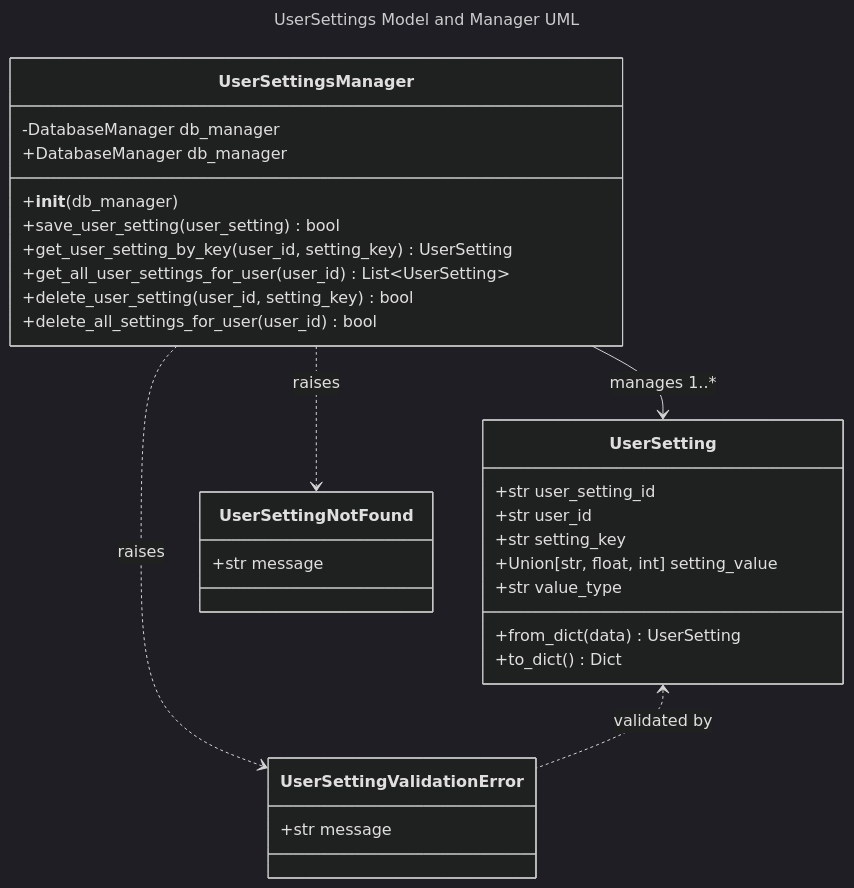
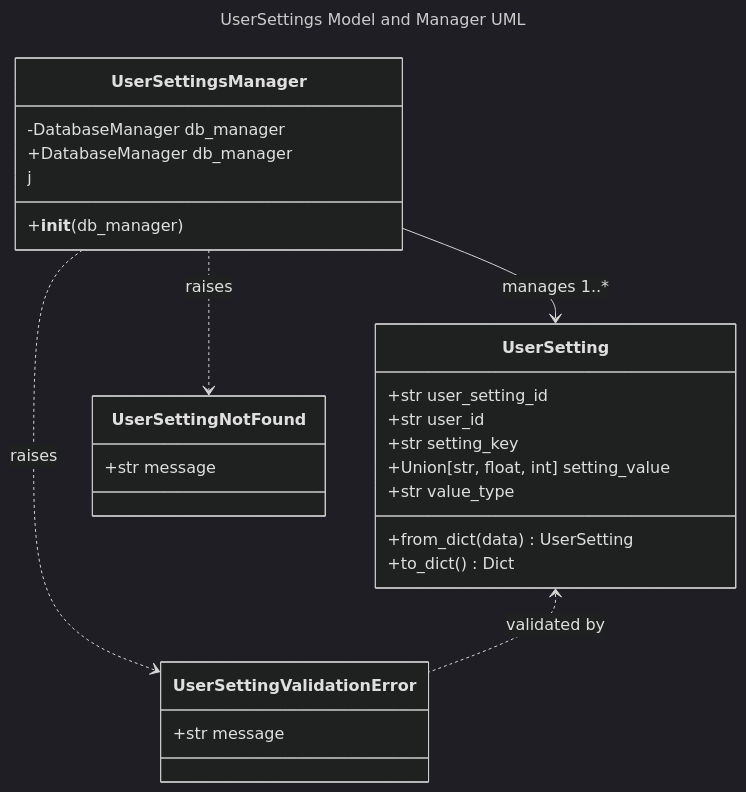
The diagram in Prompts/UserSettings.md (SeanAdams10/AITypingTrainer), drawn with Mermaid (dark theme) before and after one commit. The commit also changed 2 other files, not shown here.

Commit message:
Still trying to get the tests working for Library Main UI

````diff
--- a/Prompts/UserSettings.md
+++ b/Prompts/UserSettings.md
@@ -85,36 +85,31 @@
 ```mermaid
 ---
 title: UserSettings Model and Manager UML
 ---
 classDiagram
     class UserSetting {
         +str user_setting_id
         +str user_id
         +str setting_key
         +Union[str, float, int] setting_value
         +str value_type
         +from_dict(data) UserSetting
         +to_dict() Dict
     }
     class UserSettingsManager {
         -DatabaseManager db_manager
         +DatabaseManager db_manager
         +__init__(db_manager)
-        +save_user_setting(user_setting) bool
-        +get_user_setting_by_key(user_id, setting_key) UserSetting
-        +get_all_user_settings_for_user(user_id) List~UserSetting~
-        +delete_user_setting(user_id, setting_key) bool
-        +delete_all_settings_for_user(user_id) bool
-    }
+j    }
     class UserSettingValidationError {
         +str message
     }
     class UserSettingNotFound {
         +str message
     }
     UserSettingsManager --> UserSetting : manages 1..*
     UserSettingsManager ..> UserSettingValidationError : raises
     UserSettingsManager ..> UserSettingNotFound : raises
     UserSetting <.. UserSettingValidationError : validated by
     %% Test classes are not included in the main diagram, but test coverage is implied.
 ```
````
